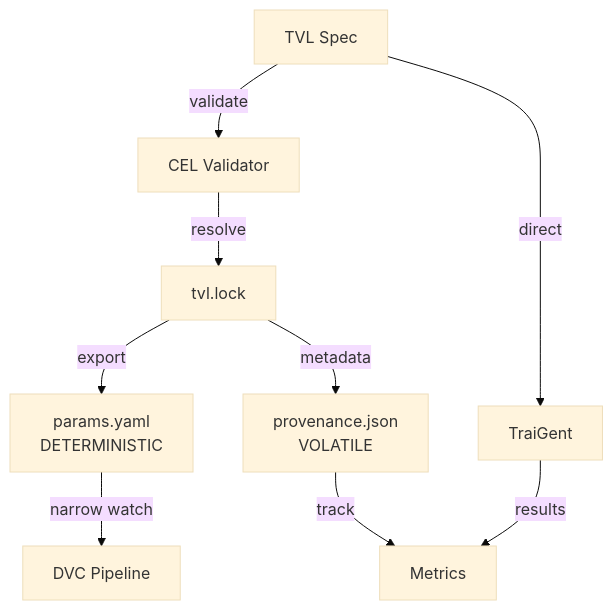
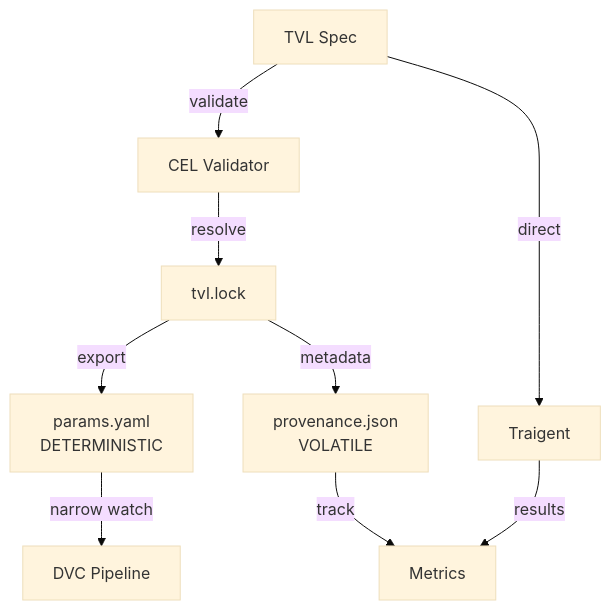
One commit to Traigent/Traigent changed the diagram in docs/planned_features/TVL_UNIFICATION_DESIGN_V2.md. Above: the diagram before and after it, drawn with Mermaid (base theme). The commit also changed other lines of this file and 614 other files, not shown here.

````diff
--- a/docs/planned_features/TVL_UNIFICATION_DESIGN_V2.md
+++ b/docs/planned_features/TVL_UNIFICATION_DESIGN_V2.md
@@ -43,11 +43,11 @@
 ```mermaid
 graph TB
     A[TVL Spec] -->|validate| B[CEL Validator]
     B -->|resolve| C[tvl.lock]
     C -->|export| D[params.yaml<br/>DETERMINISTIC]
     C -->|metadata| E[provenance.json<br/>VOLATILE]
-    A -->|direct| F[TraiGent]
+    A -->|direct| F[Traigent]
     D -->|narrow watch| G[DVC Pipeline]
     F -->|results| H[Metrics]
     E -->|track| H
 ```
````
